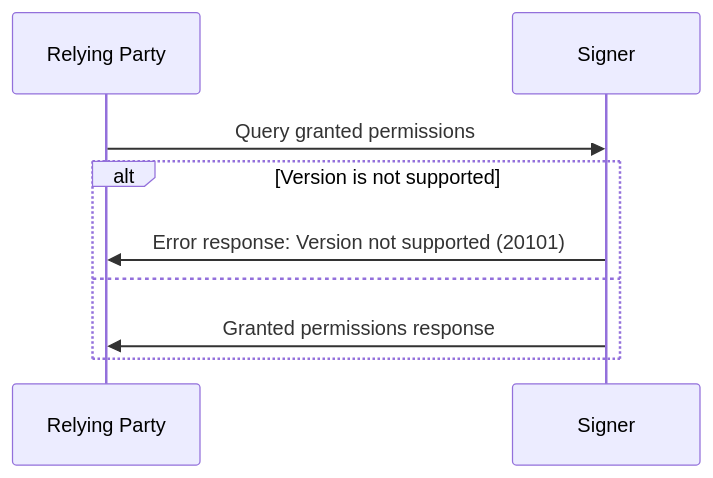
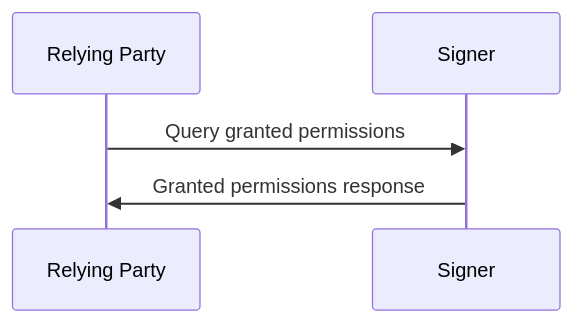
Before and after one commit to dfinity/wg-identity-authentication: the second of 4 diagrams in topics/icrc_25_signer_interaction_standard.md, drawn with Mermaid. The commit also changed other lines of this file, not shown here.

First line of the commit message:
ICRC-25: Drop version and simplify errors

````diff
--- a/topics/icrc_25_signer_interaction_standard.md
+++ b/topics/icrc_25_signer_interaction_standard.md
@@ -280,12 +254,8 @@
 ```mermaid
 sequenceDiagram
     participant RP as Relying Party
     participant S as Signer
 
     RP ->> S: Query granted permissions
-    alt Version is not supported
-        S ->> RP: Error response: Version not supported (20101)
-    else
-        S ->> RP: Granted permissions response
-    end
+    S ->> RP: Granted permissions response
 ```
````
